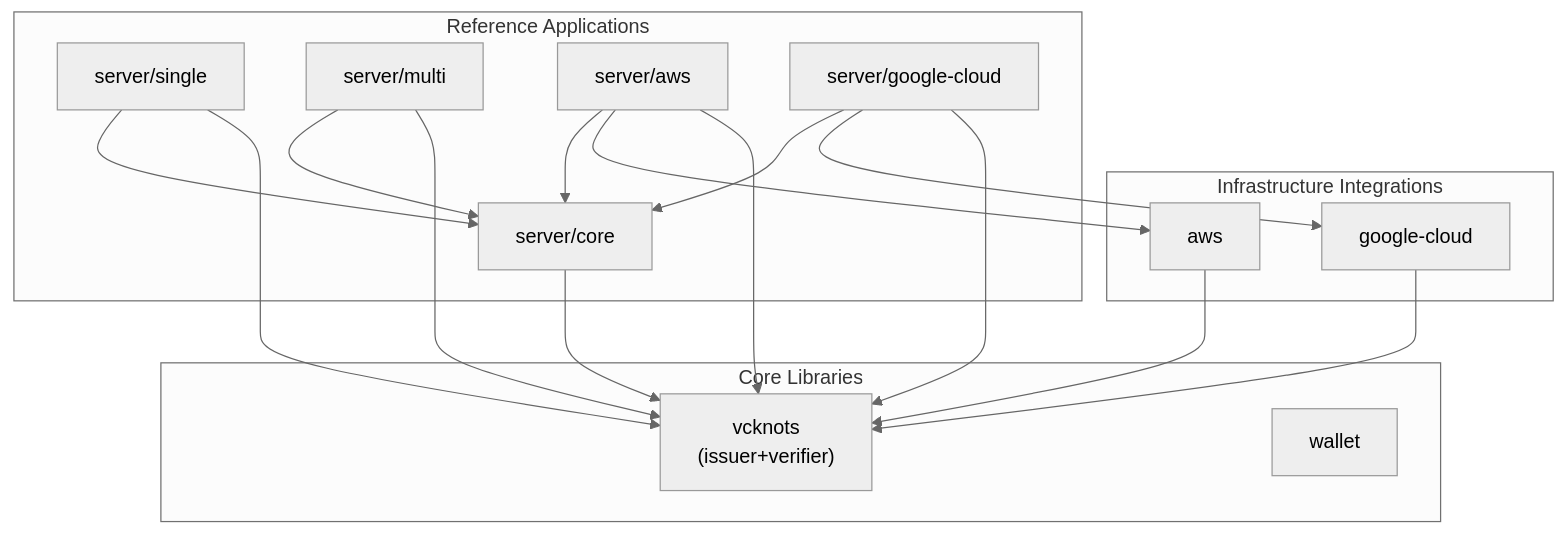
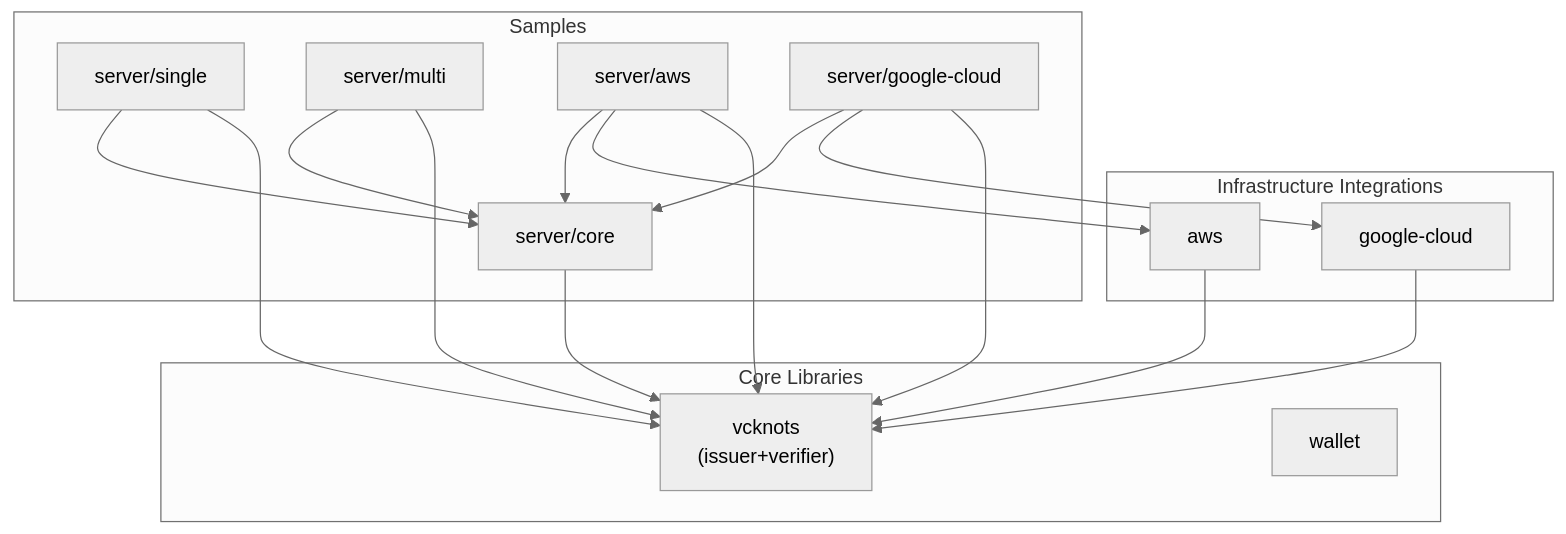
The second of 4 diagrams in docs/en/architecture-overview.md (trustknots/vcknots), drawn with Mermaid (neutral theme) before and after one commit. The commit also changed other lines of this file and 1 other file, not shown here.

Commit message:
docs(architecture-overview): change word Reference Applications to Samples

````diff
--- a/docs/en/architecture-overview.md
+++ b/docs/en/architecture-overview.md
@@ -99,40 +99,40 @@
 ```mermaid
 flowchart TB
 
     subgraph CORE["Core Libraries"]
         vcknots["vcknots<br/>(issuer+verifier)"]
         wallet["wallet"]
     end
 
     subgraph INFRAINT["Infrastructure Integrations"]
         aws["aws"]
         gcp["google-cloud"]
     end
 
-    subgraph SERVER["Reference Applications"]
+    subgraph SERVER["Samples"]
         servercore["server/core"]
         serversingle["server/single"]
         servermulti["server/multi"]
         serveraws["server/aws"]
         servergcp["server/google-cloud"]
     end
 
     aws --> vcknots
     gcp --> vcknots
 
     servercore --> vcknots
 
     serversingle --> servercore
     serversingle --> vcknots
 
     servermulti --> servercore
     servermulti --> vcknots
 
     serveraws --> servercore
     serveraws --> aws
     serveraws --> vcknots
 
     servergcp --> servercore
     servergcp --> gcp
     servergcp --> vcknots
 ```
````
